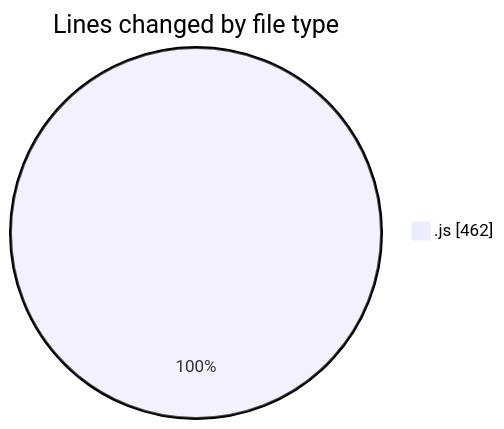
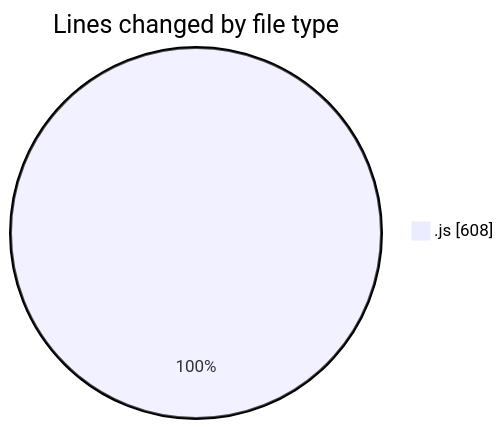
Before and after one commit to BS-eng2023/code-tracking: the first of 2 diagrams in 2025-03-27/vms-with-backend/README.md, drawn with Mermaid. The commit also changed other lines of this file and 1 other file, not shown here.

````diff
--- a/2025-03-27/vms-with-backend/README.md
+++ b/2025-03-27/vms-with-backend/README.md
@@ -26,5 +27,5 @@
 ```mermaid
 pie showData
 title Lines changed by file type
-".js" : 462
+".js" : 608
 ```
````
